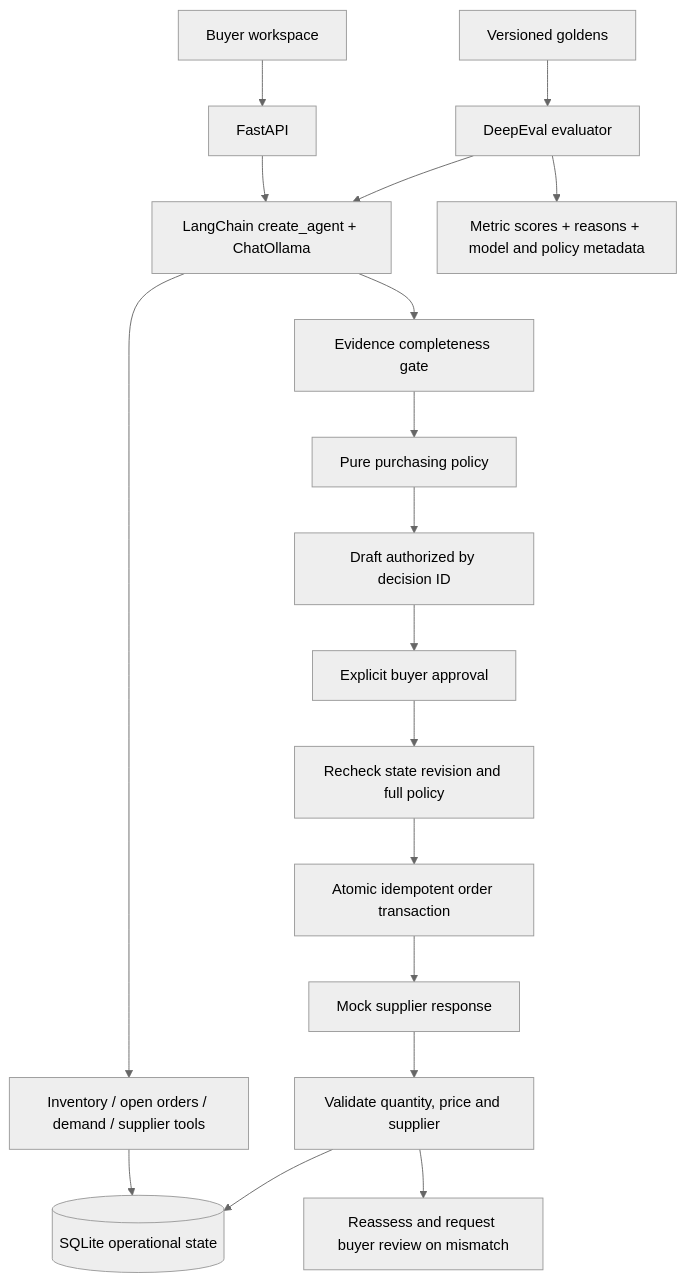
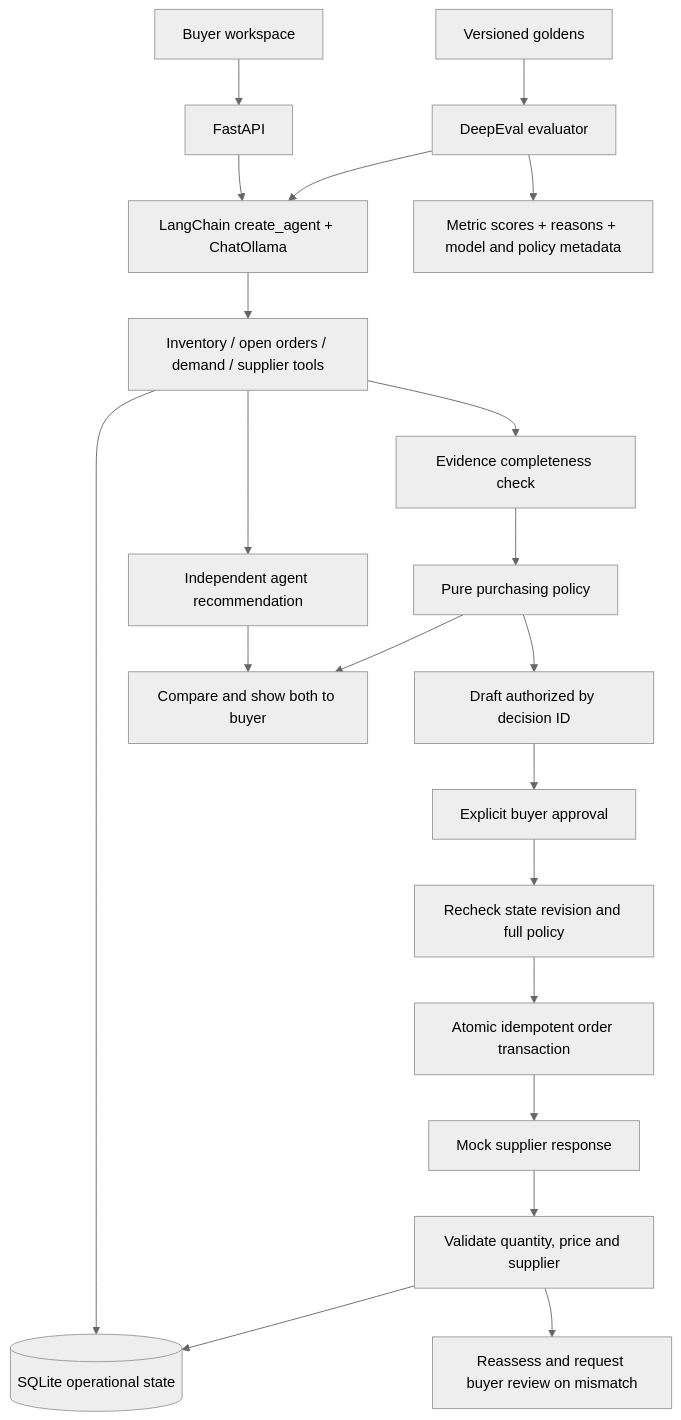
Before and after one commit to botARPIT/rappi_assignment_buy_agent: the diagram in README.md, drawn with Mermaid (neutral theme). The commit also changed other lines of this file and 2 other files, not shown here.

````diff
--- a/README.md
+++ b/README.md
@@ -50,20 +121,23 @@
 ```mermaid
 flowchart TD
     UI[Buyer workspace] --> API[FastAPI]
     API --> Agent[LangChain create_agent + ChatOllama]
     Agent --> Reads[Inventory / open orders / demand / supplier tools]
     Reads --> DB[(SQLite operational state)]
-    Agent --> Evidence[Evidence completeness gate]
+    Reads --> Review[Independent agent recommendation]
+    Reads --> Evidence[Evidence completeness check]
     Evidence --> Policy[Pure purchasing policy]
+    Review --> Comparison[Compare and show both to buyer]
+    Policy --> Comparison
     Policy --> Draft[Draft authorized by decision ID]
     Draft --> Buyer[Explicit buyer approval]
     Buyer --> Fresh[Recheck state revision and full policy]
     Fresh --> Tx[Atomic idempotent order transaction]
     Tx --> Supplier[Mock supplier response]
     Supplier --> Validation[Validate quantity, price and supplier]
     Validation --> DB
     Validation --> Followup[Reassess and request buyer review on mismatch]
     Goldens[Versioned goldens] --> DeepEval[DeepEval evaluator]
     DeepEval --> Agent
     DeepEval --> Report[Metric scores + reasons + model and policy metadata]
 ```
````
